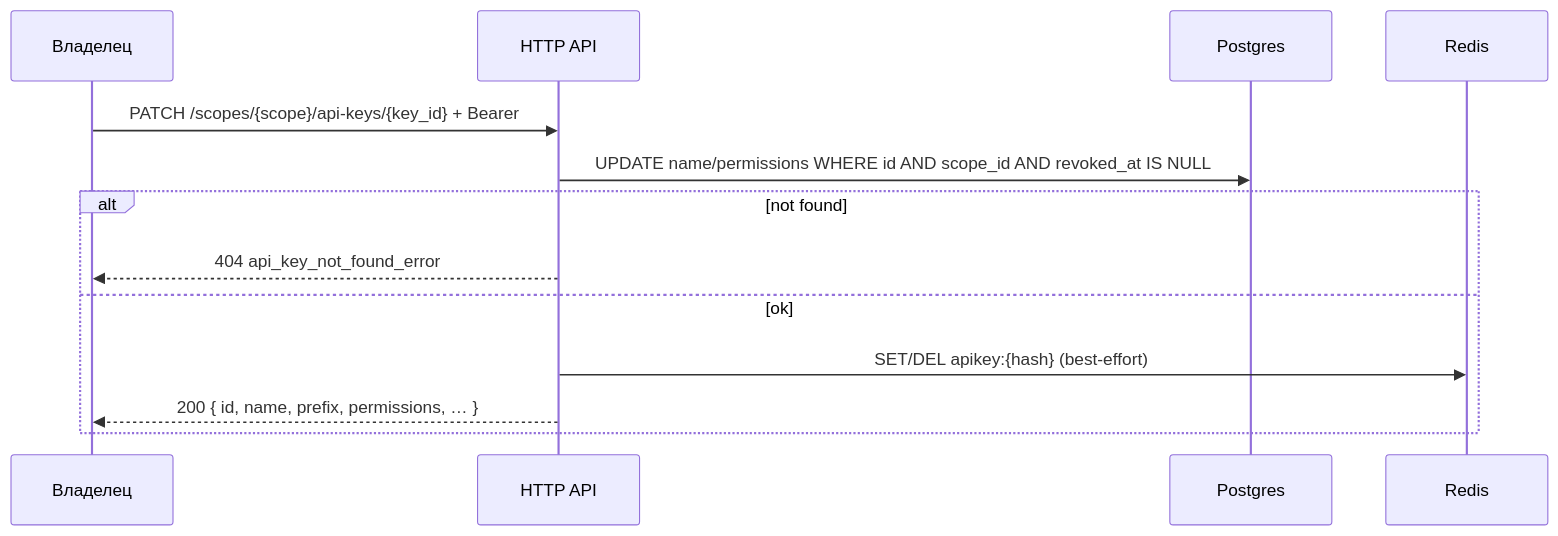
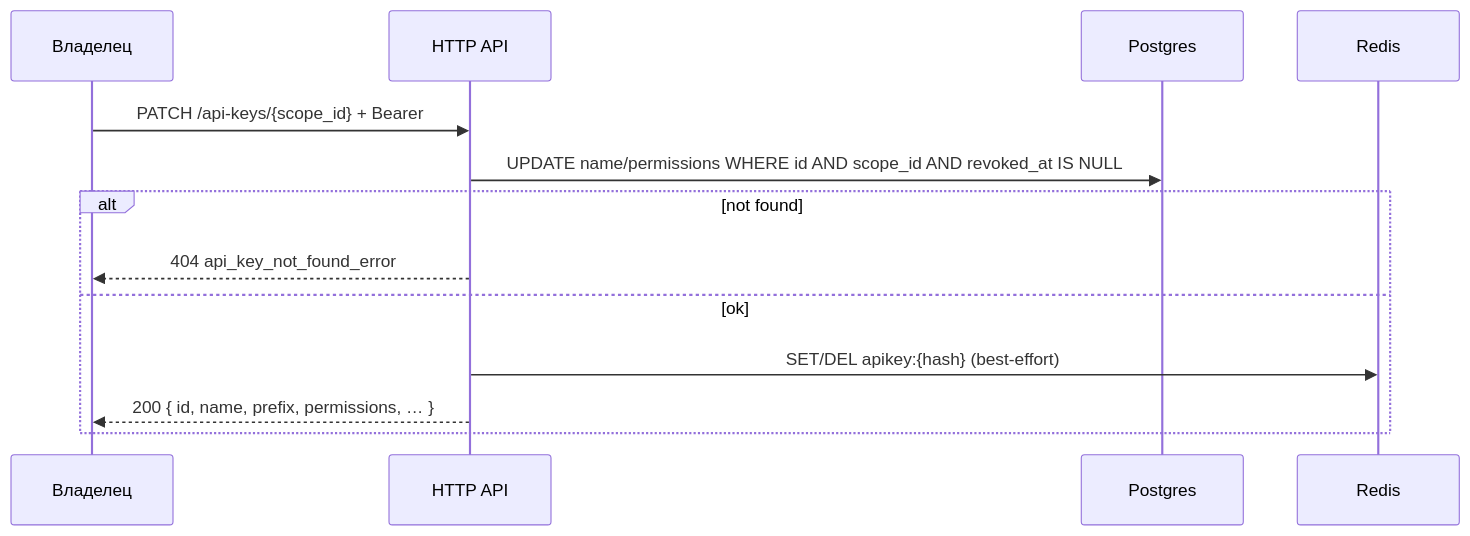
The diagram in module_api_keys/patch-scopes-api-keys-key_id.md (IOSHED/KKRCH.RU), drawn with Mermaid before and after one commit. The commit also changed other lines of this file and 5 other files, not shown here.

````diff
--- a/module_api_keys/patch-scopes-api-keys-key_id.md
+++ b/module_api_keys/patch-scopes-api-keys-key_id.md
@@ -58,15 +63,15 @@
 ```mermaid
 sequenceDiagram
     participant C as Владелец
     participant S as HTTP API
     participant PG as Postgres
     participant R as Redis
-    C->>S: PATCH /scopes/{scope}/api-keys/{key_id} + Bearer
-    S->>PG: UPDATE name/permissions WHERE id AND scope_id AND revoked_at IS NULL
+    C ->> S: PATCH /api-keys/{scope_id} + Bearer
+    S ->> PG: UPDATE name/permissions WHERE id AND scope_id AND revoked_at IS NULL
     alt not found
-        S-->>C: 404 api_key_not_found_error
+        S -->> C: 404 api_key_not_found_error
     else ok
-        S->>R: SET/DEL apikey:{hash} (best-effort)
-        S-->>C: 200 { id, name, prefix, permissions, … }
+        S ->> R: SET/DEL apikey:{hash} (best-effort)
+        S -->> C: 200 { id, name, prefix, permissions, … }
     end
 ```
````
